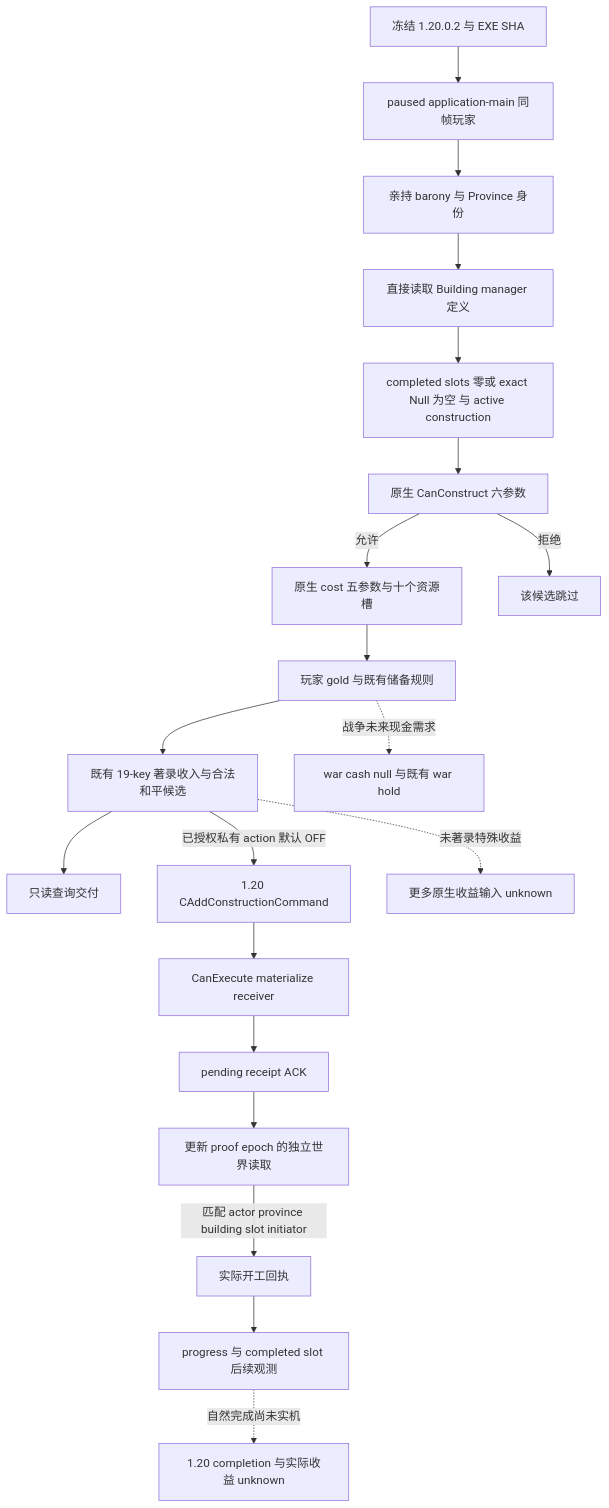
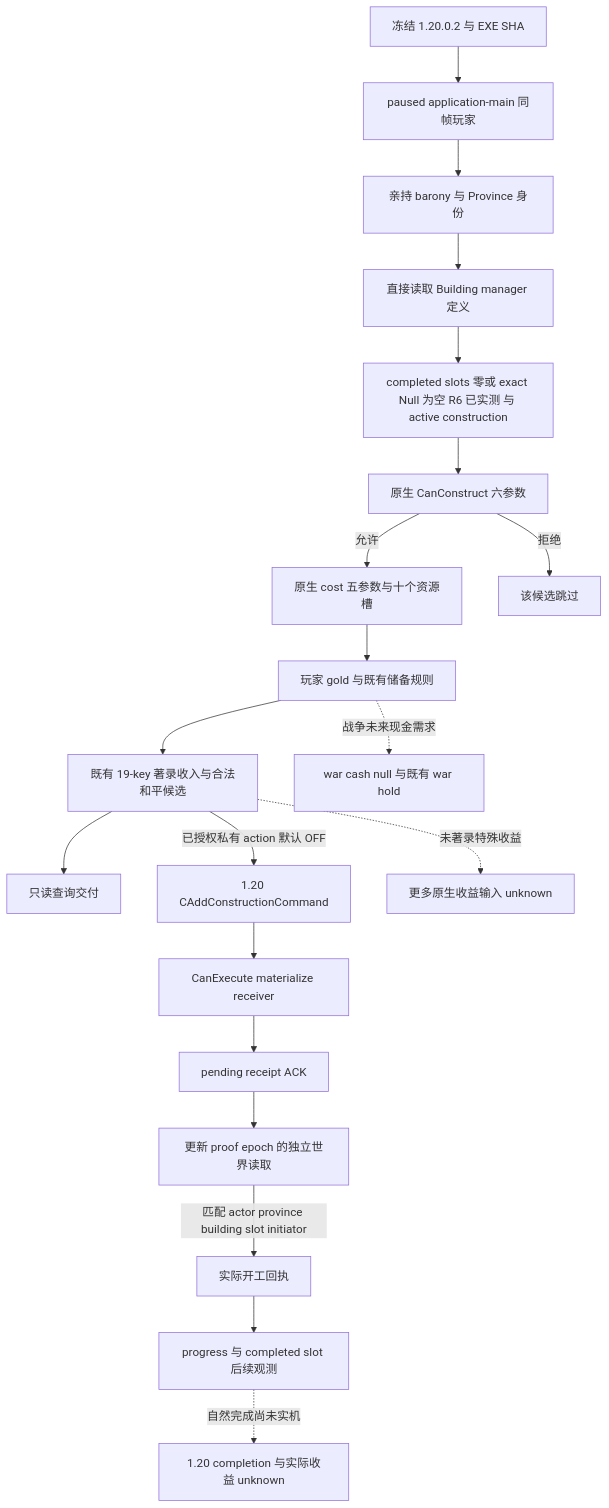
One commit to XenoAmess/ck3_eternal_recurrence changed the diagram in docs/ck3-native-ai/ck3-1.20.0.2-construction.md. Above: the diagram before and after it, drawn with Mermaid. The commit also changed other lines of this file and 3 other files, not shown here.

````diff
--- a/docs/ck3-native-ai/ck3-1.20.0.2-construction.md
+++ b/docs/ck3-native-ai/ck3-1.20.0.2-construction.md
@@ -35,22 +35,22 @@
 ```mermaid
 flowchart TD
     V[冻结 1.20.0.2 与 EXE SHA] --> P[paused application-main 同帧玩家]
     P --> H[亲持 barony 与 Province 身份]
     H --> D[直接读取 Building manager 定义]
-    D --> S[completed slots 零或 exact Null 为空 与 active construction]
+    D --> S[completed slots 零或 exact Null 为空 R6 已实测 与 active construction]
     S --> L[原生 CanConstruct 六参数]
     L -->|允许| C[原生 cost 五参数与十个资源槽]
     L -->|拒绝| N[该候选跳过]
     C --> G[玩家 gold 与既有储备规则]
     G --> B[既有 19-key 著录收入与合法和平候选]
     B --> Q[只读查询交付]
     B -->|已授权私有 action 默认 OFF| A[1.20 CAddConstructionCommand]
     A --> X[CanExecute materialize receiver]
     X --> K[pending receipt ACK]
     K --> R[更新 proof epoch 的独立世界读取]
     R -->|匹配 actor province building slot initiator| T[实际开工回执]
     T --> F[progress 与 completed slot 后续观测]
     F -. 自然完成尚未实机 .-> U[1.20 completion 与实际收益 unknown]
     B -. 未著录特殊收益 .-> E[更多原生收益输入 unknown]
     G -. 战争未来现金需求 .-> W[war cash null 与既有 war hold]
 ```
````
